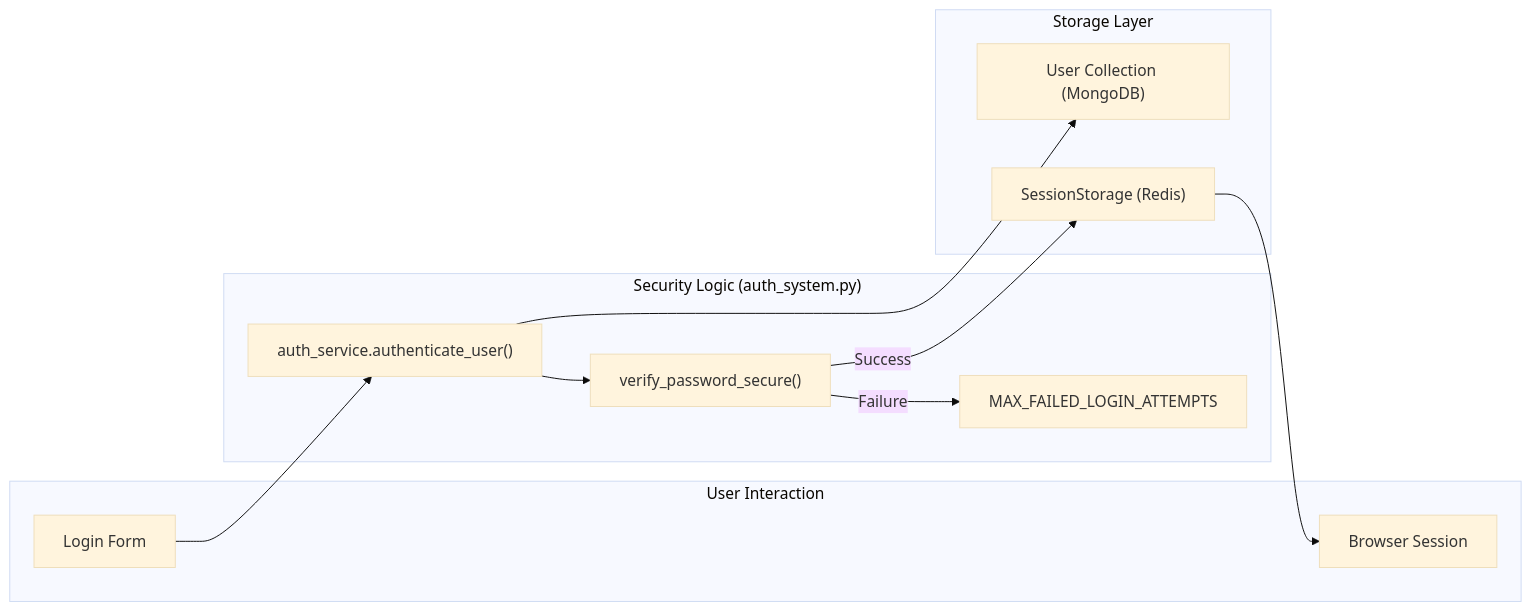
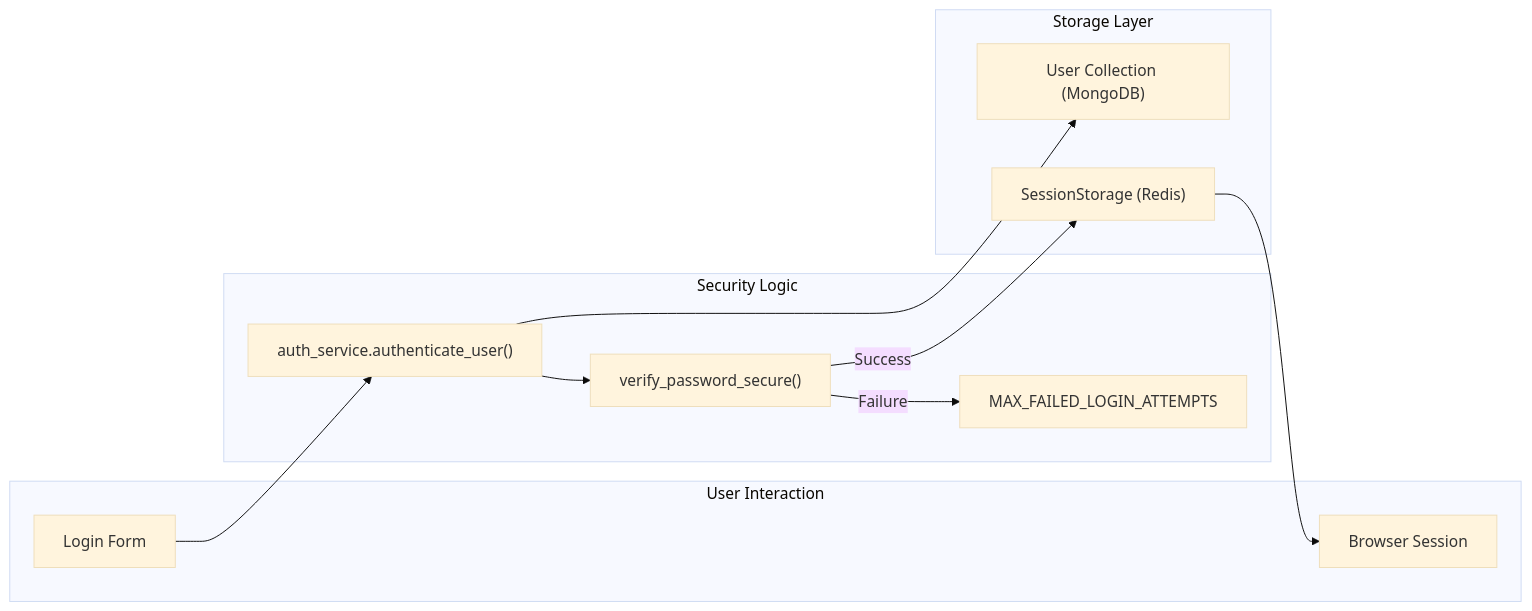
One commit to niteshsaini/offloadsecurity-docs changed the second of 2 diagrams in docs/glossary.md. Above: the diagram before and after it, drawn with Mermaid (base theme). The commit also changed other lines of this file and 16 other files, not shown here.

````diff
--- a/docs/glossary.md
+++ b/docs/glossary.md
@@ -107,25 +106,25 @@
 ```mermaid
 graph LR
     subgraph "User Interaction"
         Login["Login Form"]
         Session["Browser Session"]
     end
 
-    subgraph "Security Logic (auth_system.py)"
+    subgraph "Security Logic"
         CheckUser["auth_service.authenticate_user()"]
         Hardening["verify_password_secure()"]
         Lockout["MAX_FAILED_LOGIN_ATTEMPTS"]
     end
 
     subgraph "Storage Layer"
         Redis["SessionStorage (Redis)"]
         Mongo["User Collection (MongoDB)"]
     end
 
     Login --> CheckUser
     CheckUser --> Mongo
     CheckUser --> Hardening
     Hardening -- "Success" --> Redis
     Hardening -- "Failure" --> Lockout
     Redis --> Session
 ```
````
